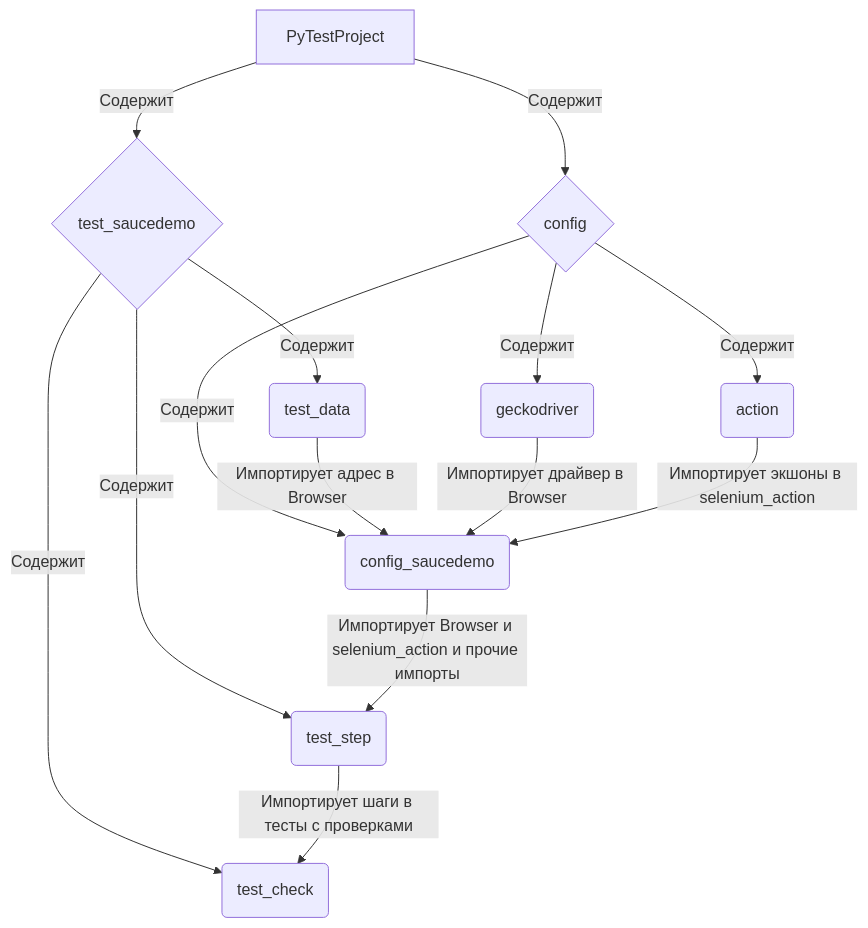
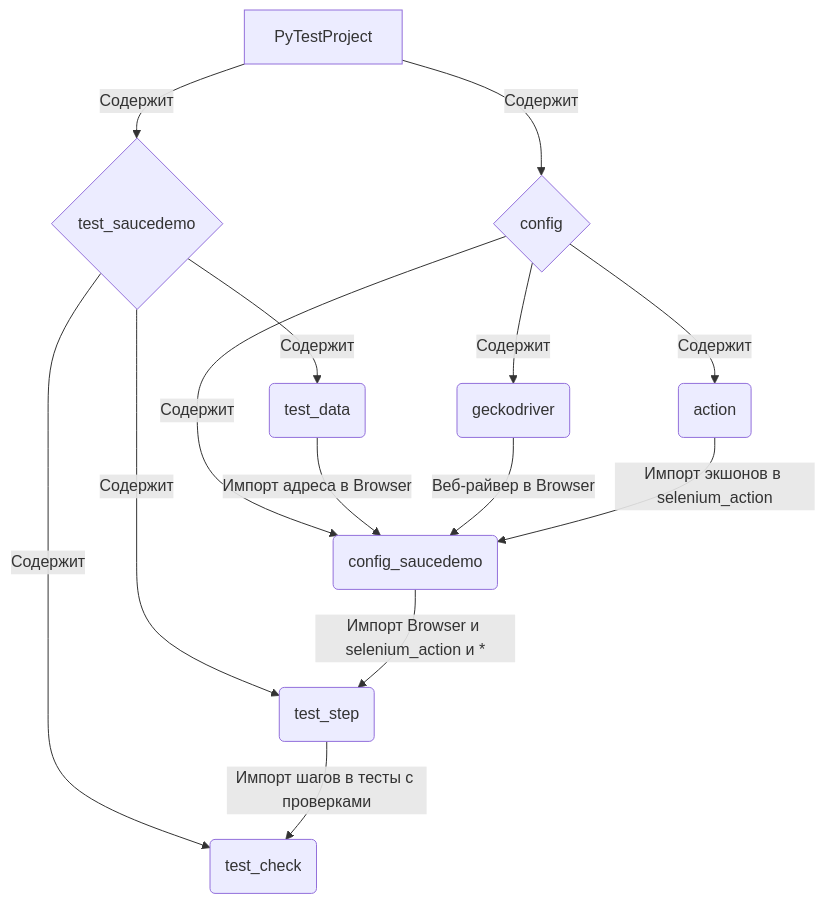
Before and after one commit to shipuchkoz/vzhuh: the first of 2 diagrams in README.md, drawn with Mermaid.

````diff
--- a/README.md
+++ b/README.md
@@ -6,16 +6,16 @@
 ```mermaid
 flowchart TD
     A[PyTestProject] -->|Содержит| B{config}
         B -->|Содержит| Q(action)
         B -->|Содержит| W(geckodriver)
         B -->|Содержит| E(config_saucedemo)
     A -->|Содержит| C{test_saucedemo}
         C -->|Содержит| R(test_step)
         C -->|Содержит| T(test_check)
         C -->|Содержит| Y(test_data)
-    Y -->|Импортирует адрес в Browser| E
-    W -->|Импортирует драйвер в Browser| E
-    R -->|Импортирует шаги в тесты с проверками| T
-    Q -->|Импортирует экшоны в selenium_action| E
-    E -->|Импортирует Browser и selenium_action и прочие импорты| R
+    Y -->|Импорт адреса в Browser| E
+    W -->|Веб-райвер в Browser| E
+    R -->|Импорт шагов в тесты с проверками| T
+    Q -->|Импорт экшонов в selenium_action| E
+    E -->|Импорт Browser и selenium_action и *| R
 ```
````
